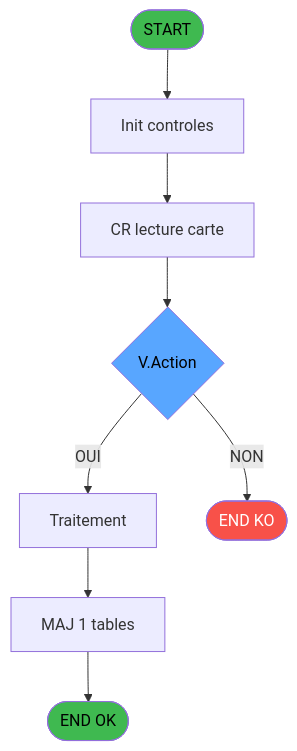
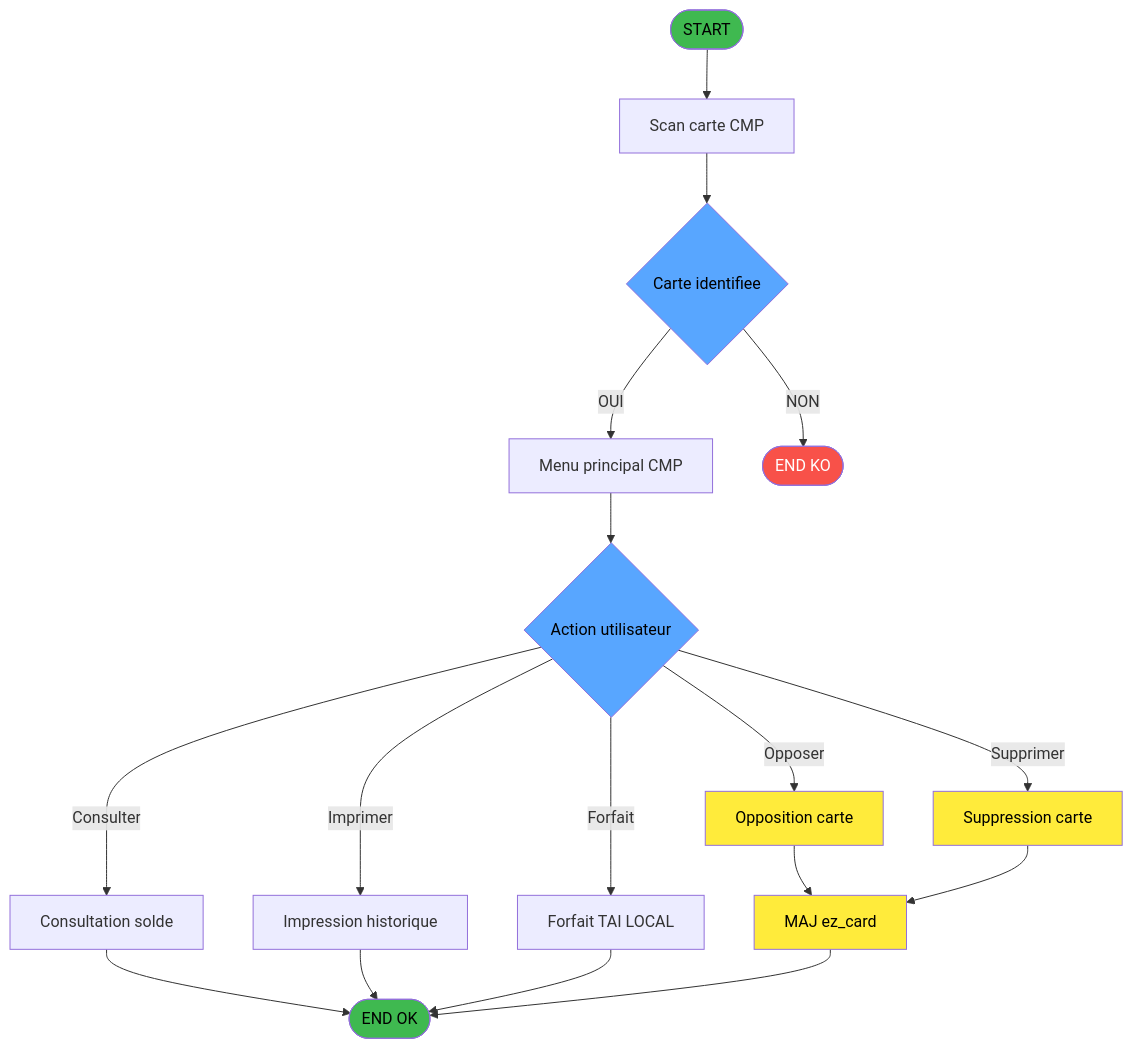
The second of 4 diagrams in .openspec/specs/ADH-IDE-77.md (thonyAGP/lecteur-magic), drawn with Mermaid before and after one commit. The commit also changed other lines of this file and 18 other files, not shown here.

````diff
--- a/.openspec/specs/ADH-IDE-77.md
+++ b/.openspec/specs/ADH-IDE-77.md
@@ -1754,21 +1766,42 @@
 ```mermaid
 flowchart TD
     START([START])
-    INIT[Init controles]
-    SAISIE[CR lecture carte]
-    DECISION{V.Action}
-    PROCESS[Traitement]
-    UPDATE[MAJ 1 tables]
+    SCAN[Scan carte CMP]
+    IDCHECK{Carte identifiee}
+    MENU[Menu principal CMP]
+    ACTION{Action utilisateur}
+    CONSULT[Consultation solde]
+    OPPOSIT[Opposition carte]
+    DELETE[Suppression carte]
+    PRINT[Impression historique]
+    FORFAIT[Forfait TAI LOCAL]
+    EZWRITE[MAJ ez_card]
     ENDOK([END OK])
     ENDKO([END KO])
 
-    START --> INIT --> SAISIE --> DECISION
-    DECISION -->|OUI| PROCESS
-    DECISION -->|NON| ENDKO
-    PROCESS --> UPDATE --> ENDOK
+    START --> SCAN
+    SCAN --> IDCHECK
+    IDCHECK -->|OUI| MENU
+    IDCHECK -->|NON| ENDKO
+    MENU --> ACTION
+    ACTION -->|Consulter| CONSULT
+    ACTION -->|Opposer| OPPOSIT
+    ACTION -->|Supprimer| DELETE
+    ACTION -->|Imprimer| PRINT
+    ACTION -->|Forfait| FORFAIT
+    CONSULT --> ENDOK
+    OPPOSIT --> EZWRITE
+    DELETE --> EZWRITE
+    PRINT --> ENDOK
+    FORFAIT --> ENDOK
+    EZWRITE --> ENDOK
 
     style START fill:#3fb950,color:#000
     style ENDOK fill:#3fb950,color:#000
     style ENDKO fill:#f85149,color:#fff
-    style DECISION fill:#58a6ff,color:#000
+    style IDCHECK fill:#58a6ff,color:#000
+    style ACTION fill:#58a6ff,color:#000
+    style OPPOSIT fill:#ffeb3b,color:#000
+    style DELETE fill:#ffeb3b,color:#000
+    style EZWRITE fill:#ffeb3b,color:#000
 ```
````
